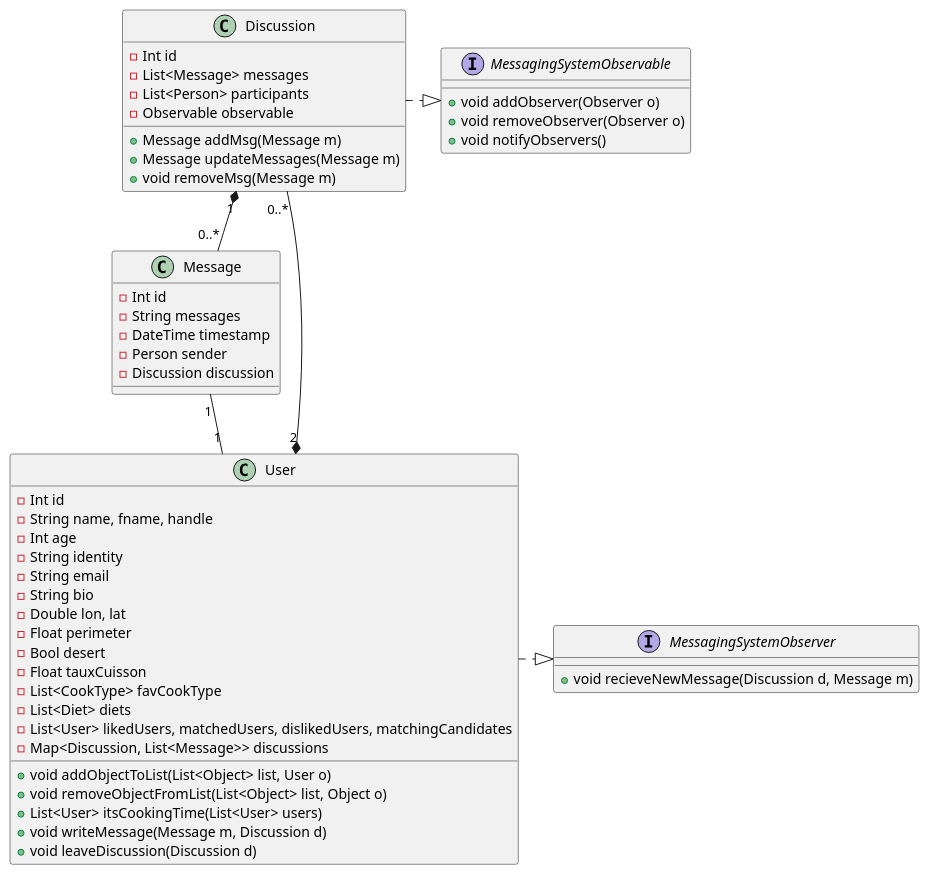
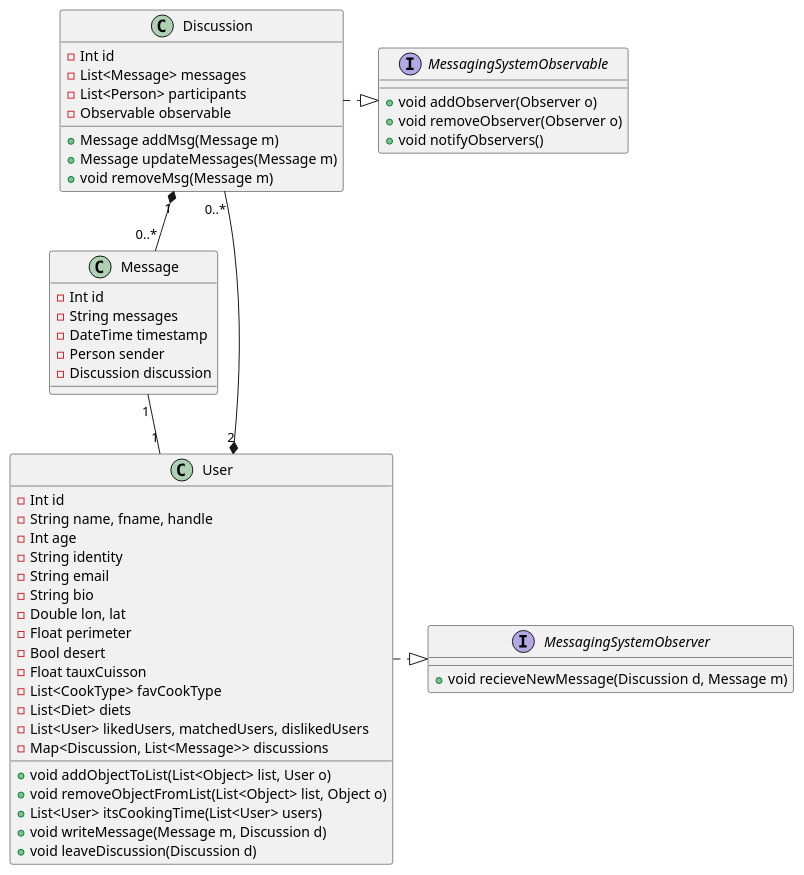
One commit to UPPA-s-University-Projects/M1_SIGLIS-MeetBallsUML changed the diagram in class/messagingSystem.puml. Above: the diagram before and after it, drawn with PlantUML. The commit also changed 4 other files, not shown here.

Commit message:
Update class diagram

```diff
--- a/class/messagingSystem.puml
+++ b/class/messagingSystem.puml
@@ -1,62 +1,62 @@
 @startuml 
     Class "User" as person{
    
         - Int id
         - String name, fname, handle
         - Int age
         - String identity
         - String email
         - String bio
         - Double lon, lat
         - Float perimeter
         - Bool desert
         - Float tauxCuisson 
         - List<CookType> favCookType
         - List<Diet> diets
-        - List<User> likedUsers, matchedUsers, dislikedUsers, matchingCandidates
+        - List<User> likedUsers, matchedUsers, dislikedUsers
         - Map<Discussion, List<Message>> discussions
 
         + void addObjectToList(List<Object> list, User o)
         + void removeObjectFromList(List<Object> list, Object o)
         + List<User> itsCookingTime(List<User> users)
         + void writeMessage(Message m, Discussion d)
         + void leaveDiscussion(Discussion d)
     }
 
     Class "Discussion" as discuss{
         - Int id
         - List<Message> messages
         - List<Person> participants
         - Observable observable
 
         + Message addMsg(Message m)
         + Message updateMessages(Message m)
         + void removeMsg(Message m)
     }
 
     Class "Message" as messaging{
         - Int id
         - String messages        
         - DateTime timestamp
         - Person sender
         - Discussion discussion
     }
 
     Interface "MessagingSystemObserver" as observer{
         + void recieveNewMessage(Discussion d, Message m)
     }
 
     Interface "MessagingSystemObservable" as observable{
         + void addObserver(Observer o)
         + void removeObserver(Observer o)
         + void notifyObservers()
     }
     
 
     discuss "1" *-- "0..*" messaging
     messaging "1" -- "1" person
     person "2" *-- "0..*" discuss
 
     discuss .|> observable
     person .|> observer
 @enduml
```
